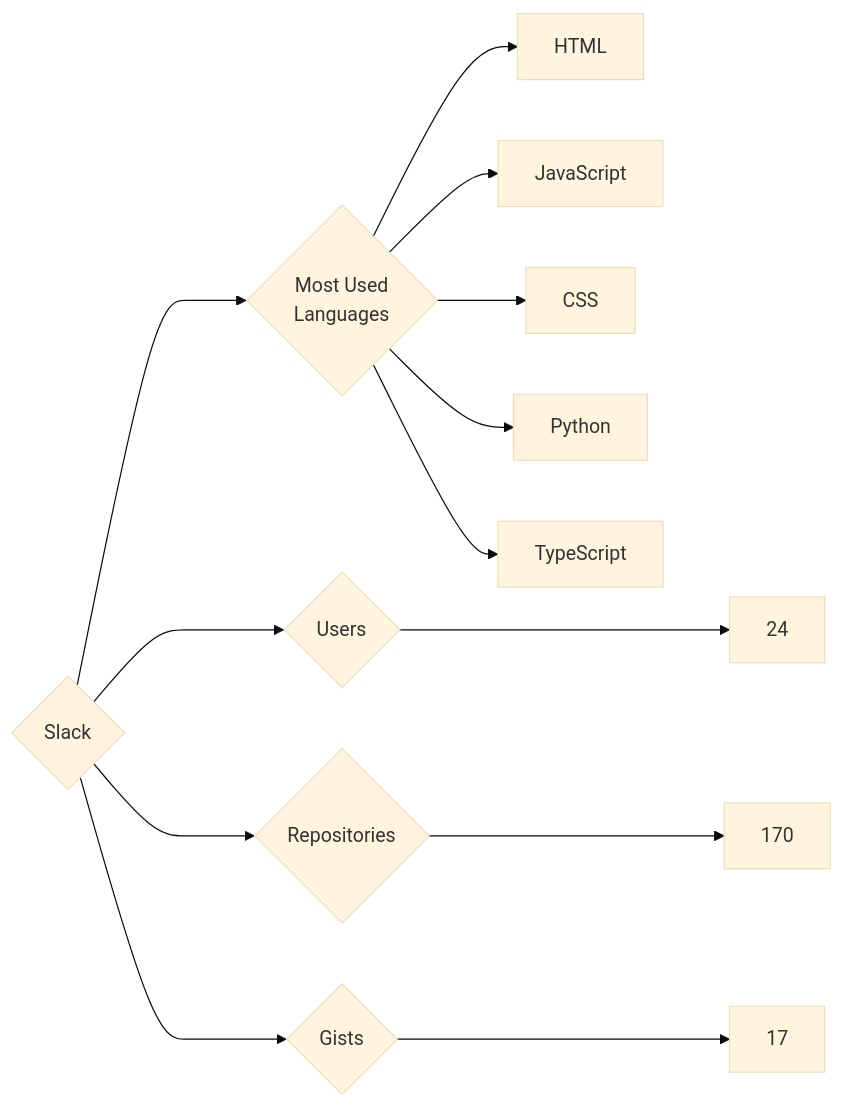
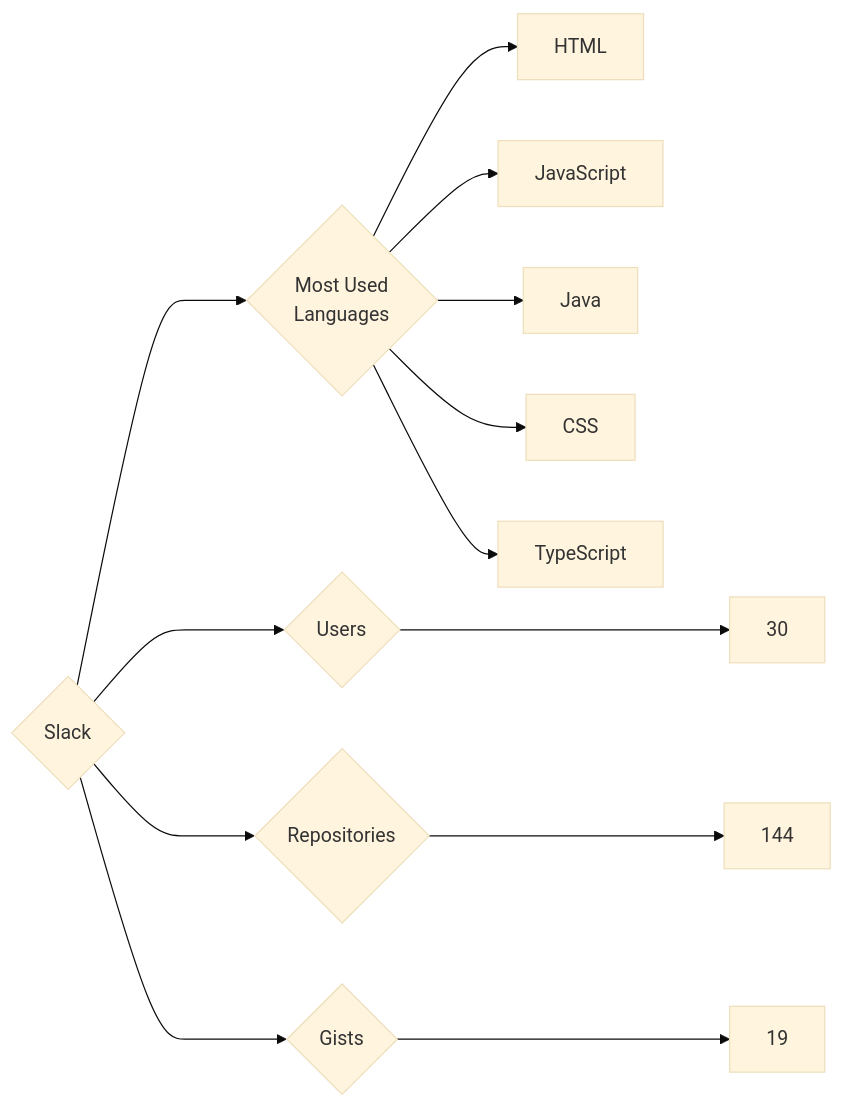
Before and after one commit to trickest/insiders: the diagram in targets/Slack/README.md, drawn with Mermaid (base theme). The commit also changed 970 other files, not shown here.

````diff
--- a/targets/Slack/README.md
+++ b/targets/Slack/README.md
@@ -3,13 +3,13 @@
 ```mermaid
 graph LR
 COMPANY_NAME{Slack}
-COMPANY_NAME ---> U{Users} ---> UN[24]
-COMPANY_NAME ---> R{Repositories} ---> RN[170]
-COMPANY_NAME ---> G{Gists} ---> GN[17]
+COMPANY_NAME ---> U{Users} ---> UN[30]
+COMPANY_NAME ---> R{Repositories} ---> RN[144]
+COMPANY_NAME ---> G{Gists} ---> GN[19]
 COMPANY_NAME ---> ML{Most Used<br>Languages}
 ML --> HTML[HTML]
 ML --> JavaScript[JavaScript]
+ML --> Java[Java]
 ML --> CSS[CSS]
-ML --> Python[Python]
 ML --> TypeScript[TypeScript]
 ```
````
